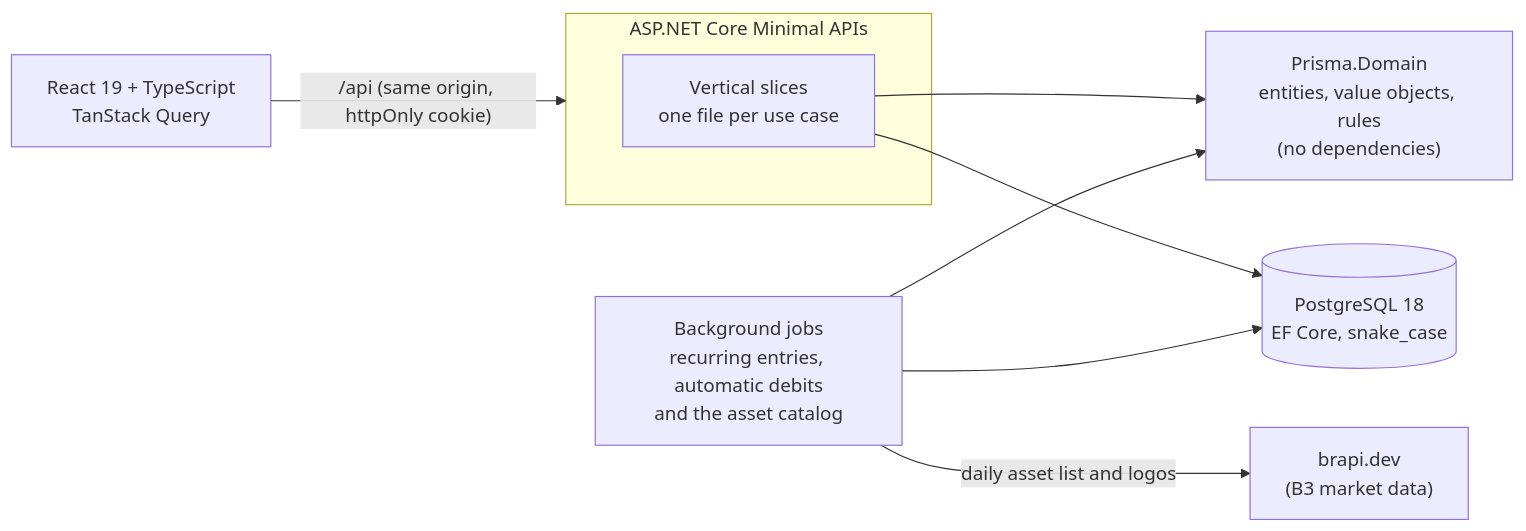
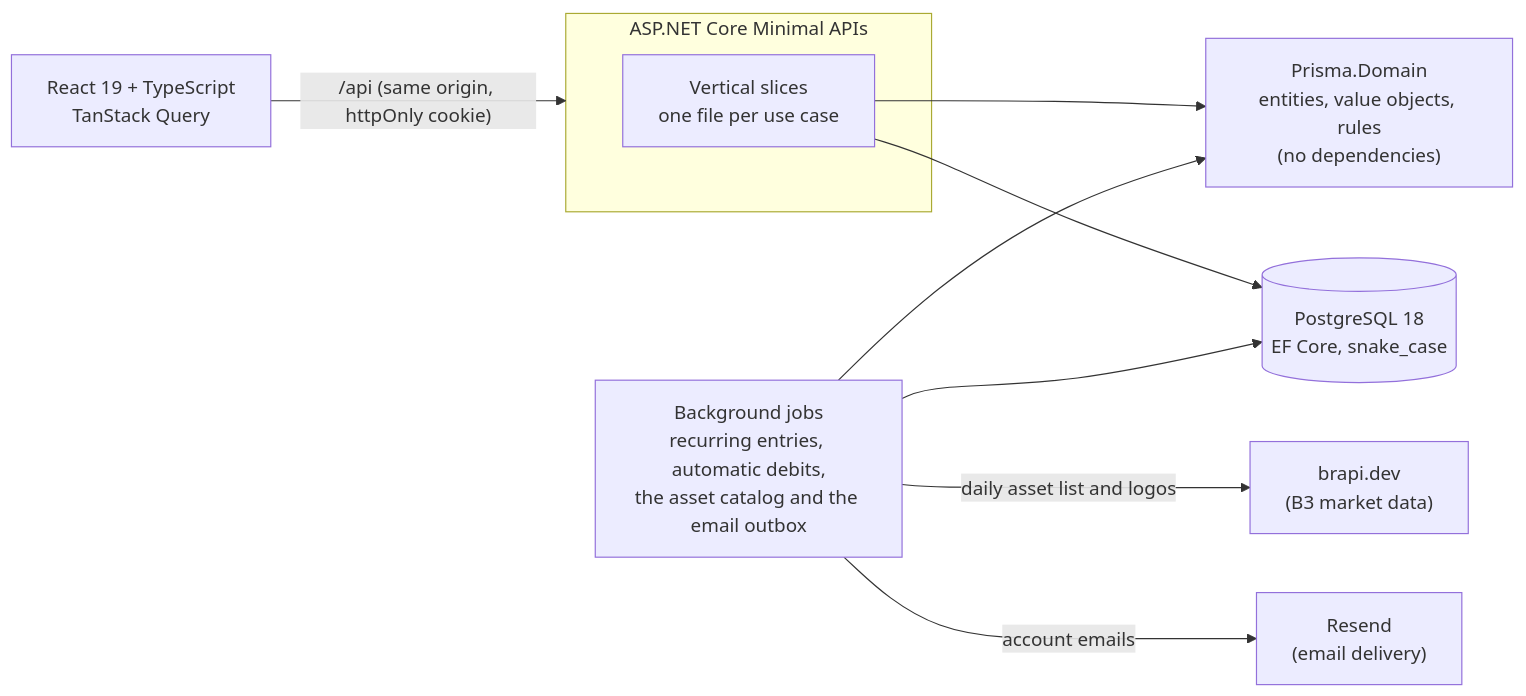
The third of 4 diagrams in README.md (vagnerwentz/prisma), drawn with Mermaid before and after one commit. The commit also changed other lines of this file and 4 other files, not shown here.

````diff
--- a/README.md
+++ b/README.md
@@ -134,12 +145,13 @@
 ```mermaid
 flowchart LR
     Web["React 19 + TypeScript<br/>TanStack Query"] -->|"/api (same origin, httpOnly cookie)"| Api
     subgraph Api["ASP.NET Core Minimal APIs"]
         Slices["Vertical slices<br/>one file per use case"]
     end
     Slices --> Domain["Prisma.Domain<br/>entities, value objects, rules<br/>(no dependencies)"]
     Slices --> Db[("PostgreSQL 18<br/>EF Core, snake_case")]
-    Job["Background jobs<br/>recurring entries, automatic debits<br/>and the asset catalog"] --> Domain
+    Job["Background jobs<br/>recurring entries, automatic debits,<br/>the asset catalog and the email outbox"] --> Domain
     Job --> Db
     Job -->|"daily asset list and logos"| Brapi["brapi.dev<br/>(B3 market data)"]
+    Job -->|"account emails"| Resend["Resend<br/>(email delivery)"]
 ```
````
